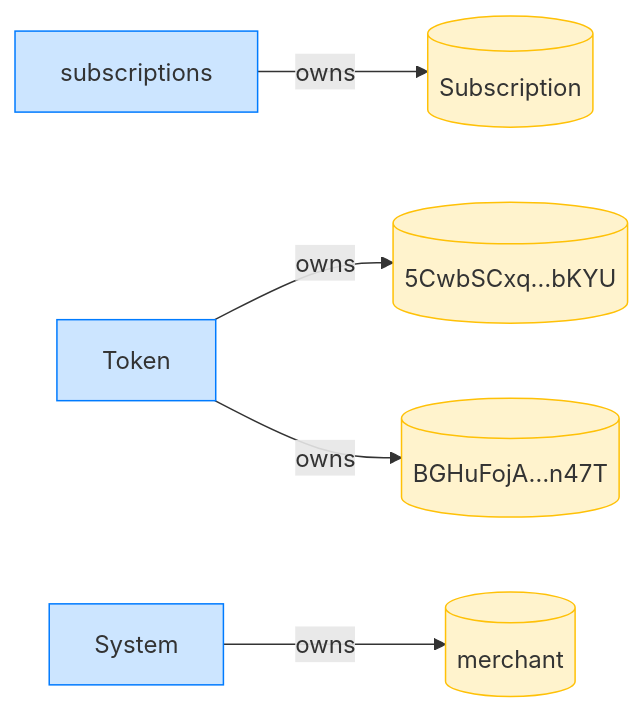
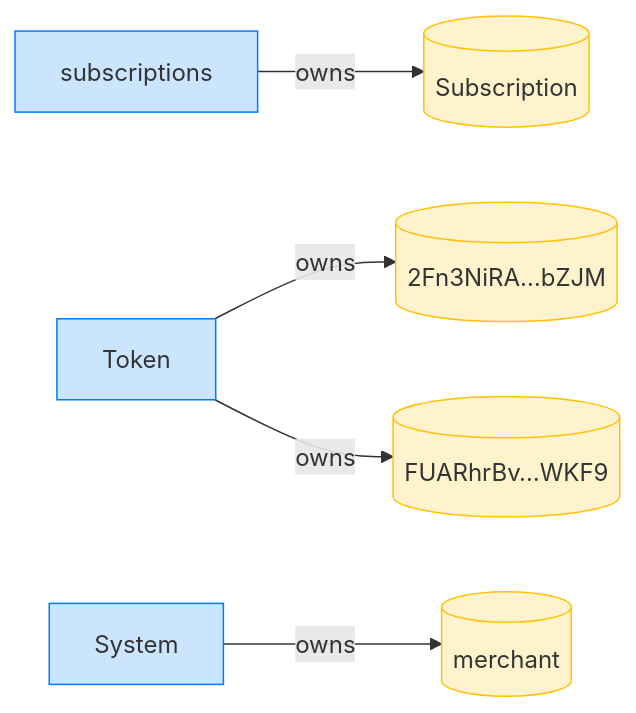
Diagram 16 of 16 in dsl_tests/transfer-subscription--cancellation-still-allows-the-current-period.md (cds-rs/subscriptions), drawn with Mermaid before and after one commit. The commit also changed other lines of this file and 224 other files, not shown here.

````diff
--- a/dsl_tests/transfer-subscription--cancellation-still-allows-the-current-period.md
+++ b/dsl_tests/transfer-subscription--cancellation-still-allows-the-current-period.md
@@ -292,16 +310,16 @@
 ```mermaid
 flowchart LR
     classDef owner fill:#cce5ff,stroke:#007bff;
     classDef account fill:#fff3cd,stroke:#ffc107;
     subscriptions[subscriptions]:::owner
     Subscription[(Subscription)]:::account
     Token[Token]:::owner
-    5CwbSCxq_bKYU[("5CwbSCxq…bKYU")]:::account
-    BGHuFojA_n47T[("BGHuFojA…n47T")]:::account
+    2Fn3NiRA_bZJM[("2Fn3NiRA…bZJM")]:::account
+    FUARhrBv_WKF9[("FUARhrBv…WKF9")]:::account
     System[System]:::owner
     merchant[(merchant)]:::account
     subscriptions -->|owns| Subscription
-    Token -->|owns| 5CwbSCxq_bKYU
-    Token -->|owns| BGHuFojA_n47T
+    Token -->|owns| 2Fn3NiRA_bZJM
+    Token -->|owns| FUARhrBv_WKF9
     System -->|owns| merchant
 ```
````
